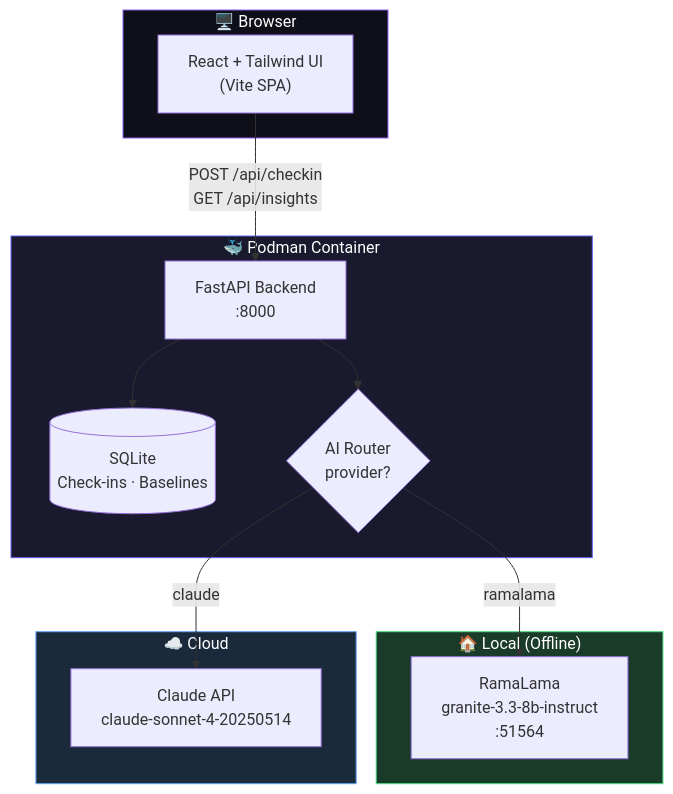
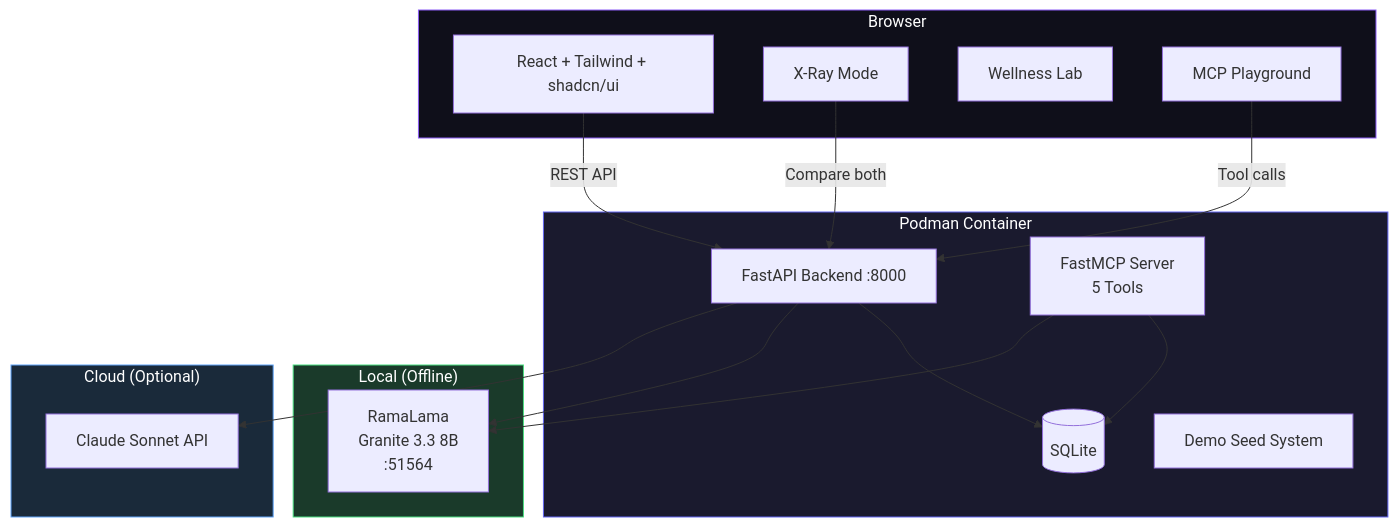
Before and after one commit to odominguez7/podman-hackathon: the diagram in README.md, drawn with Mermaid. The commit also changed other lines of this file, not shown here.

Commit message:
Update README with complete feature documentation and architecture

````diff
--- a/README.md
+++ b/README.md
@@ -17,31 +33,38 @@
 ```mermaid
 graph TB
-    subgraph Browser["🖥️ Browser"]
-        UI["React + Tailwind UI<br/>(Vite SPA)"]
+    subgraph Browser["Browser"]
+        UI["React + Tailwind + shadcn/ui"]
+        XRAY["X-Ray Mode"]
+        LAB["Wellness Lab"]
+        MCP_UI["MCP Playground"]
     end
 
-    subgraph Container["🐳 Podman Container"]
-        API["FastAPI Backend<br/>:8000"]
-        DB[("SQLite<br/>Check-ins · Baselines")]
-        AI_ROUTER{"AI Router<br/>provider?"}
+    subgraph Container["Podman Container"]
+        API["FastAPI Backend :8000"]
+        DB[("SQLite")]
+        SEED["Demo Seed System"]
+        MCP_SRV["FastMCP Server<br/>5 Tools"]
     end
 
-    subgraph Local["🏠 Local (Offline)"]
-        RAMA["RamaLama<br/>granite-3.3-8b-instruct<br/>:51564"]
+    subgraph Local["Local (Offline)"]
+        RAMA["RamaLama<br/>Granite 3.3 8B<br/>:51564"]
     end
 
-    subgraph Cloud["☁️ Cloud"]
-        CLAUDE["Claude API<br/>claude-sonnet-4-20250514"]
+    subgraph Cloud["Cloud (Optional)"]
+        CLAUDE["Claude Sonnet API"]
     end
 
-    UI -->|"POST /api/checkin<br/>GET /api/insights"| API
+    UI -->|REST API| API
+    XRAY -->|"Compare both"| API
+    MCP_UI -->|"Tool calls"| API
     API --> DB
-    API --> AI_ROUTER
-    AI_ROUTER -->|"ramalama"| RAMA
-    AI_ROUTER -->|"claude"| CLAUDE
+    API --> RAMA
+    API --> CLAUDE
+    MCP_SRV --> DB
+    MCP_SRV --> RAMA
 
     style Container fill:#1a1a2e,stroke:#6366f1,color:#fff
     style Browser fill:#0f0f1a,stroke:#8b5cf6,color:#fff
     style Local fill:#1a3a2a,stroke:#4ade80,color:#fff
     style Cloud fill:#1a2a3a,stroke:#60a5fa,color:#fff
 ```
````
